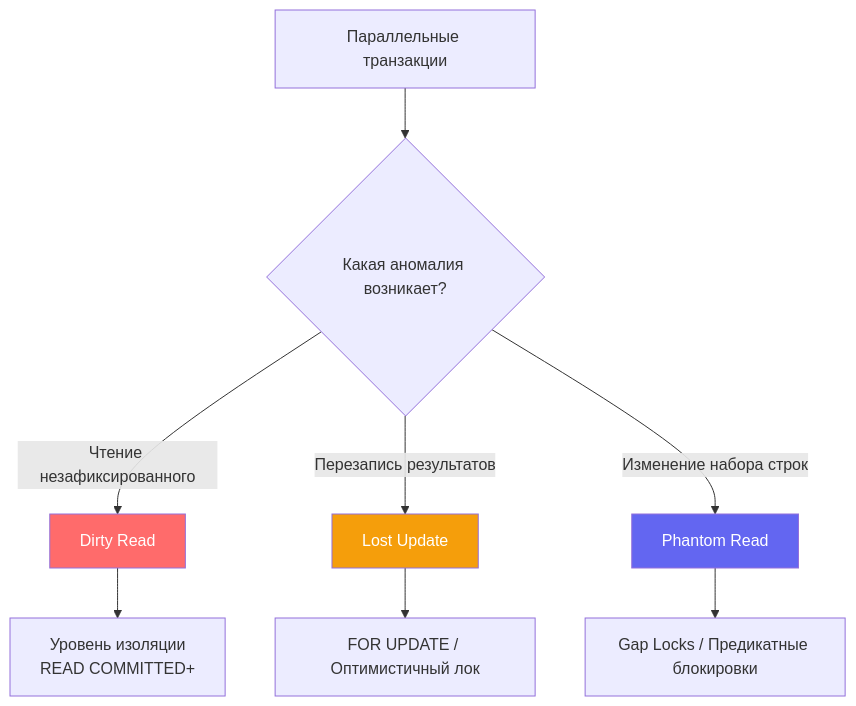
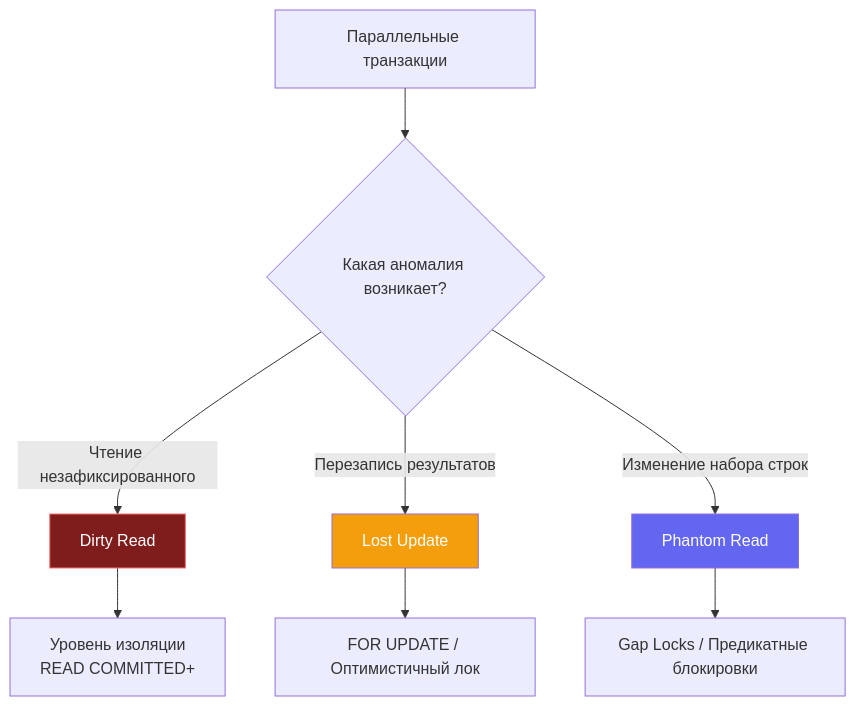
The diagram in sources/12. Базы данных/05. Транзакции и внутренности/4. Dirty Read, Phantom Read, Lost Update.md (UnrealTemplier/go-textbook), drawn with Mermaid before and after one commit. The commit also changed 310 other files, not shown here.

First line of the commit message:
fix(mermaid): replace light fill colors with dark palette for readability on dark theme

````diff
--- a/sources/12. Базы данных/05. Транзакции и внутренности/4. Dirty Read, Phantom Read, Lost Update.md
+++ b/sources/12. Базы данных/05. Транзакции и внутренности/4. Dirty Read, Phantom Read, Lost Update.md
@@ -9,15 +9,15 @@
 ```mermaid
 flowchart TD
     A["Параллельные транзакции"] --> B{"Какая аномалия возникает?"}
     B -->|Чтение незафиксированного| C["Dirty Read"]
     B -->|Перезапись результатов| D["Lost Update"]
     B -->|Изменение набора строк| E["Phantom Read"]
     
     C --> F["Уровень изоляции<br>READ COMMITTED+"]
     D --> G["FOR UPDATE / Оптимистичный лок"]
     E --> H["Gap Locks / Предикатные блокировки"]
     
-    style C fill:#ff6b6b,color:#fff
+    style C fill:#7f1d1d,color:#fff,stroke:#f87171
     style D fill:#f59e0b,color:#fff
     style E fill:#6366f1,color:#fff
 ```
````
